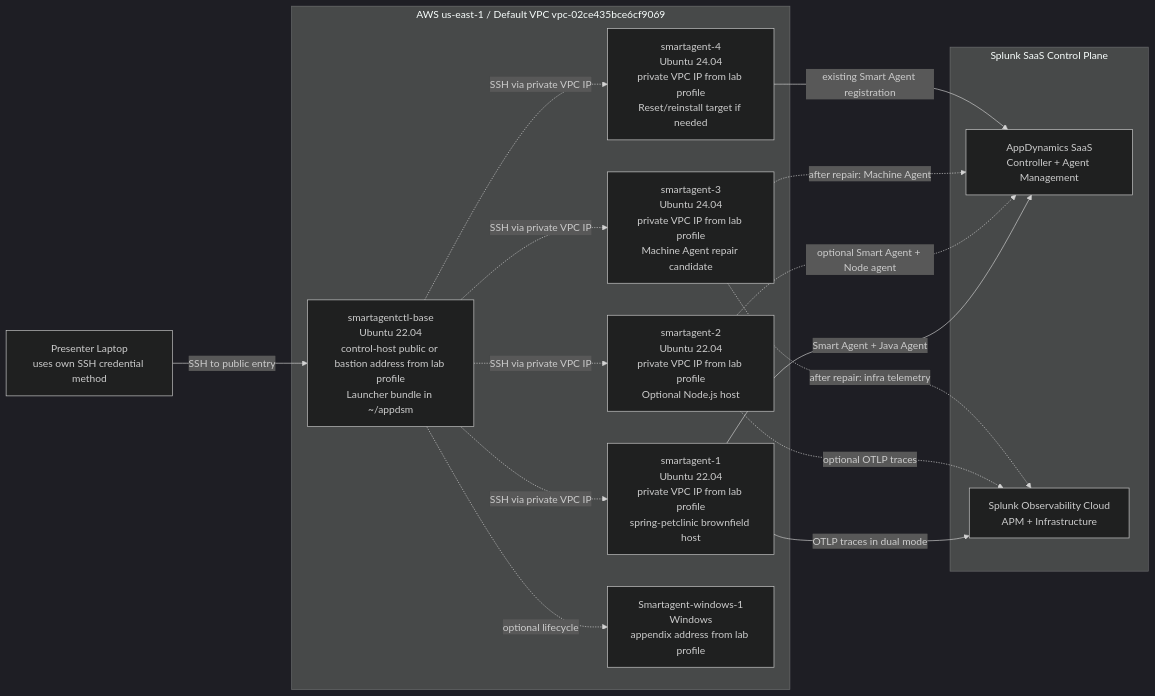
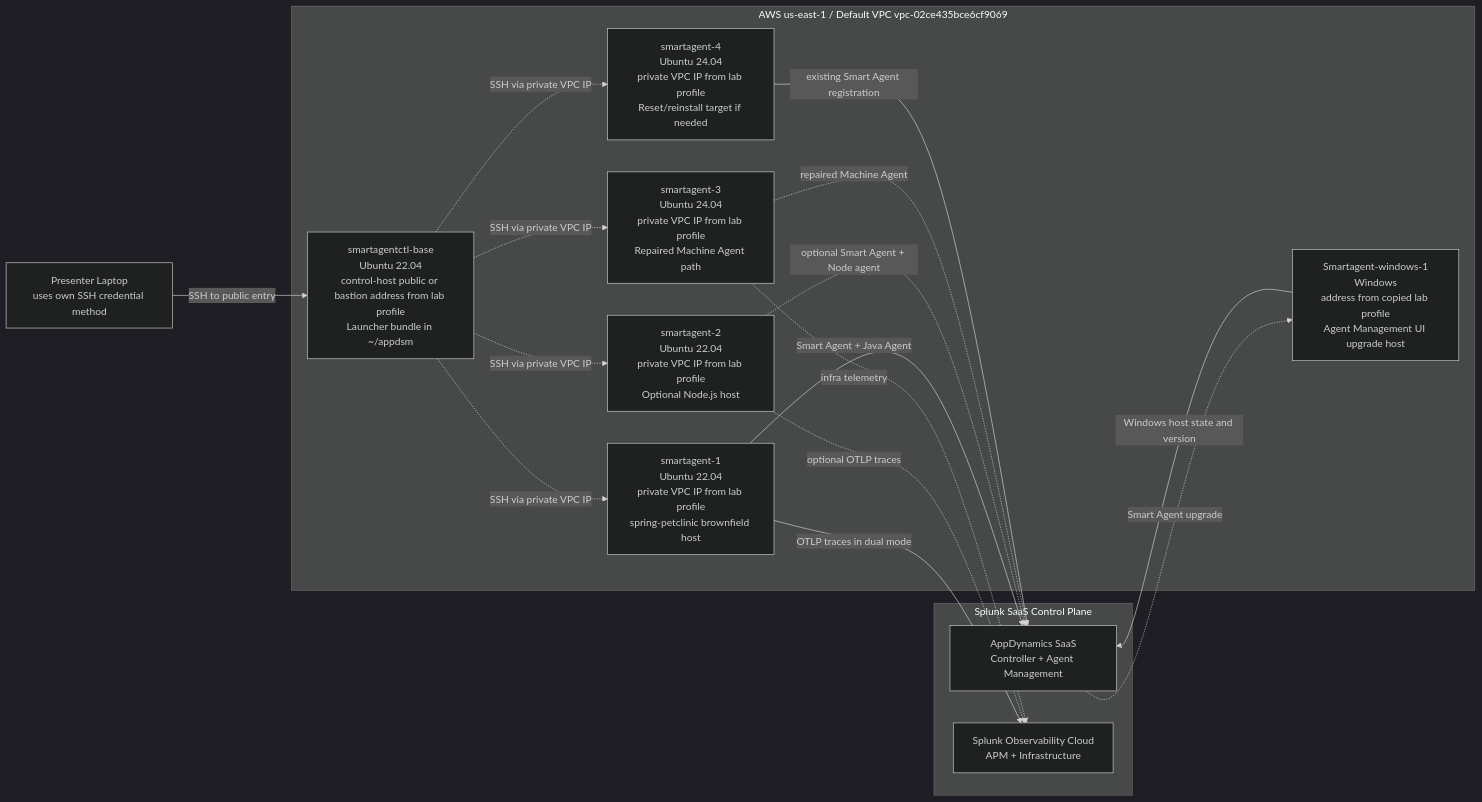
The diagram in smartagent-architecture.md (chambear2809/smartagent_clus26), drawn with Mermaid (dark theme) before and after one commit. The commit also changed other lines of this file and 13 other files, not shown here.

First line of the commit message:
Refresh SmartAgent demo materials and lab tooling for 26.4.0

````diff
--- a/smartagent-architecture.md
+++ b/smartagent-architecture.md
@@ -25,36 +27,37 @@
 ```mermaid
 flowchart LR
   presenter[Presenter Laptop<br/>uses own SSH credential method]
 
   subgraph aws["AWS us-east-1 / Default VPC vpc-02ce435bce6cf9069"]
     control["smartagentctl-base<br/>Ubuntu 22.04<br/>control-host public or bastion address from lab profile<br/>Launcher bundle in ~/appdsm"]
     java1["smartagent-1<br/>Ubuntu 22.04<br/>private VPC IP from lab profile<br/>spring-petclinic brownfield host"]
     node1["smartagent-2<br/>Ubuntu 22.04<br/>private VPC IP from lab profile<br/>Optional Node.js host"]
-    infra1["smartagent-3<br/>Ubuntu 24.04<br/>private VPC IP from lab profile<br/>Machine Agent repair candidate"]
+    infra1["smartagent-3<br/>Ubuntu 24.04<br/>private VPC IP from lab profile<br/>Repaired Machine Agent path"]
     target1["smartagent-4<br/>Ubuntu 24.04<br/>private VPC IP from lab profile<br/>Reset/reinstall target if needed"]
-    win1["Smartagent-windows-1<br/>Windows<br/>appendix address from lab profile"]
+    win1["Smartagent-windows-1<br/>Windows<br/>address from copied lab profile<br/>Agent Management UI upgrade host"]
   end
 
   subgraph splunk["Splunk SaaS Control Plane"]
     controller["AppDynamics SaaS<br/>Controller + Agent Management"]
     o11y["Splunk Observability Cloud<br/>APM + Infrastructure"]
   end
 
   presenter -- SSH to public entry --> control
   control -. SSH via private VPC IP .-> java1
   control -. SSH via private VPC IP .-> node1
   control -. SSH via private VPC IP .-> infra1
   control -. SSH via private VPC IP .-> target1
-  control -. optional lifecycle .-> win1
 
   java1 -- Smart Agent + Java Agent --> controller
   java1 -- OTLP traces in dual mode --> o11y
 
   node1 -. optional Smart Agent + Node agent .-> controller
   node1 -. optional OTLP traces .-> o11y
 
-  infra1 -. after repair: Machine Agent .-> controller
-  infra1 -. after repair: infra telemetry .-> o11y
+  infra1 -. repaired Machine Agent .-> controller
+  infra1 -. infra telemetry .-> o11y
 
   target1 -- existing Smart Agent registration --> controller
+  controller -. Smart Agent upgrade .-> win1
+  win1 -- Windows host state and version --> controller
 ```
````
